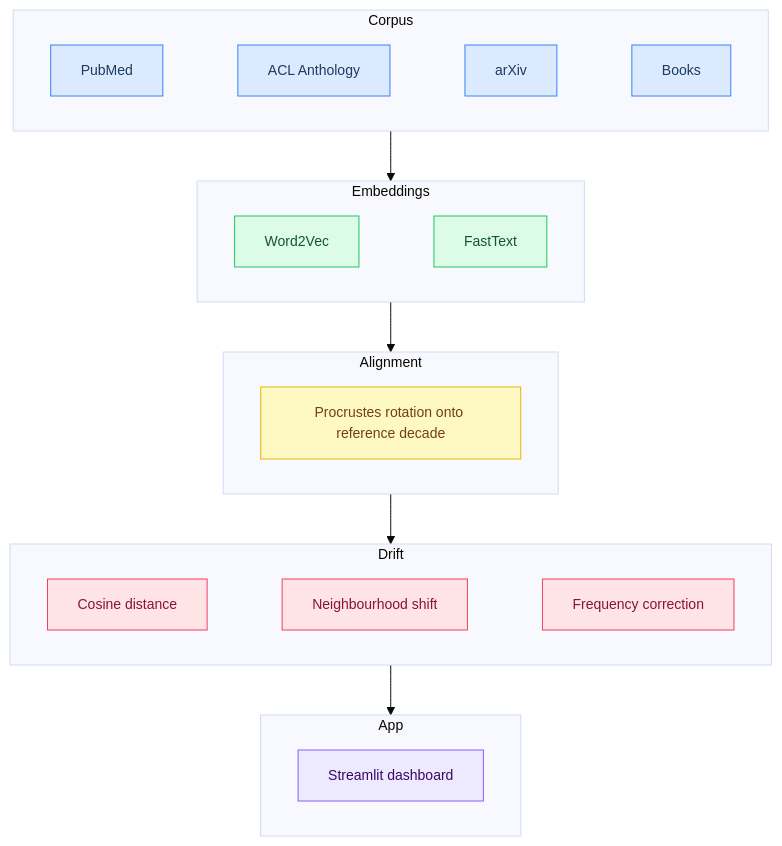
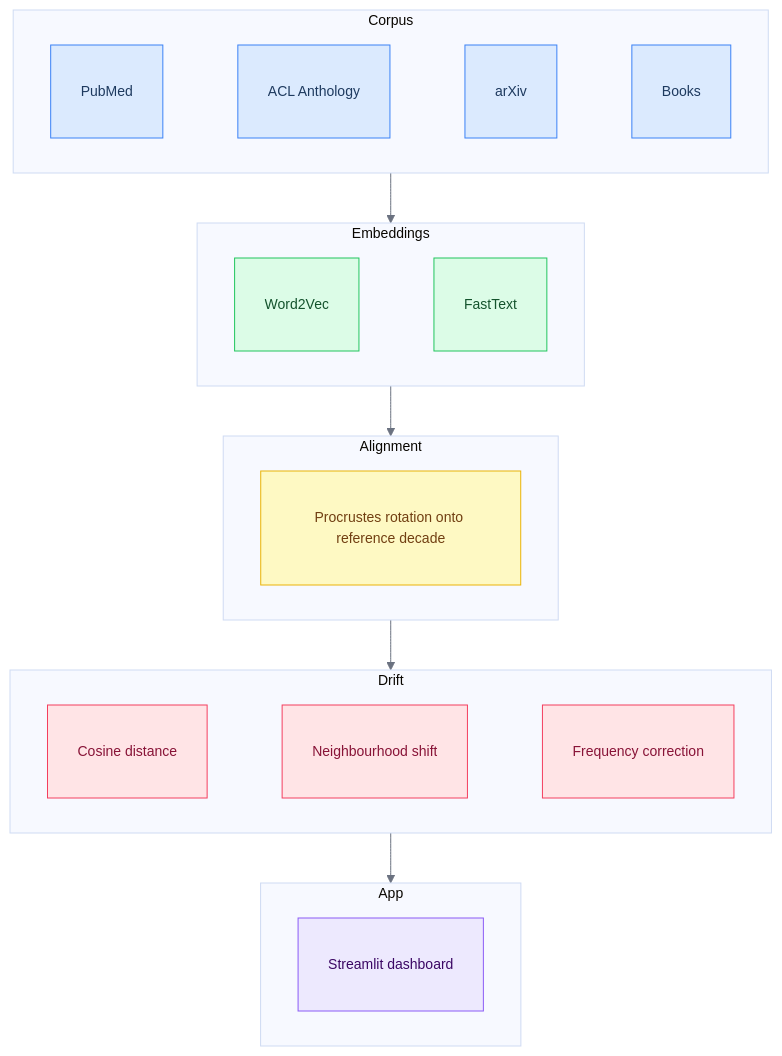
The diagram in README.md (Dovalization/interpretant), drawn with Mermaid before and after one commit.

Commit message:
docs(readme): fix arrow visibility and add node padding

````diff
--- a/README.md
+++ b/README.md
@@ -52,42 +52,42 @@
 ```mermaid
-%%{init: {'theme': 'base', 'themeVariables': {'fontSize': '14px'}}}%%
+%%{init: {'theme': 'base', 'themeVariables': {'fontSize': '14px', 'lineColor': '#6b7280', 'edgeLabelBackground': '#ffffff'}}}%%
 flowchart TD
-    classDef corpus  fill:#dbeafe,stroke:#3b82f6,color:#1e3a5f
-    classDef embed   fill:#dcfce7,stroke:#22c55e,color:#14532d
-    classDef align   fill:#fef9c3,stroke:#eab308,color:#713f12
-    classDef drift   fill:#ffe4e6,stroke:#f43f5e,color:#881337
-    classDef app     fill:#ede9fe,stroke:#8b5cf6,color:#3b0764
+    classDef corpus  fill:#dbeafe,stroke:#3b82f6,color:#1e3a5f,padding:8px
+    classDef embed   fill:#dcfce7,stroke:#22c55e,color:#14532d,padding:8px
+    classDef align   fill:#fef9c3,stroke:#eab308,color:#713f12,padding:8px
+    classDef drift   fill:#ffe4e6,stroke:#f43f5e,color:#881337,padding:8px
+    classDef app     fill:#ede9fe,stroke:#8b5cf6,color:#3b0764,padding:8px
 
     subgraph corpus["Corpus"]
         direction LR
         C1[PubMed] ~~~ C2[ACL Anthology] ~~~ C3[arXiv] ~~~ C4[Books]
     end
 
     subgraph embed["Embeddings"]
         direction LR
         E1[Word2Vec] ~~~ E2[FastText]
     end
 
     subgraph align["Alignment"]
         direction LR
         A1[Procrustes rotation onto reference decade]
     end
 
     subgraph drift["Drift"]
         direction LR
         D1[Cosine distance] ~~~ D2[Neighbourhood shift] ~~~ D3[Frequency correction]
     end
 
     subgraph app["App"]
         direction LR
         P1[Streamlit dashboard]
     end
 
     corpus --> embed --> align --> drift --> app
 
     class C1,C2,C3,C4 corpus
     class E1,E2 embed
     class A1 align
     class D1,D2,D3 drift
     class P1 app
 ```
````
